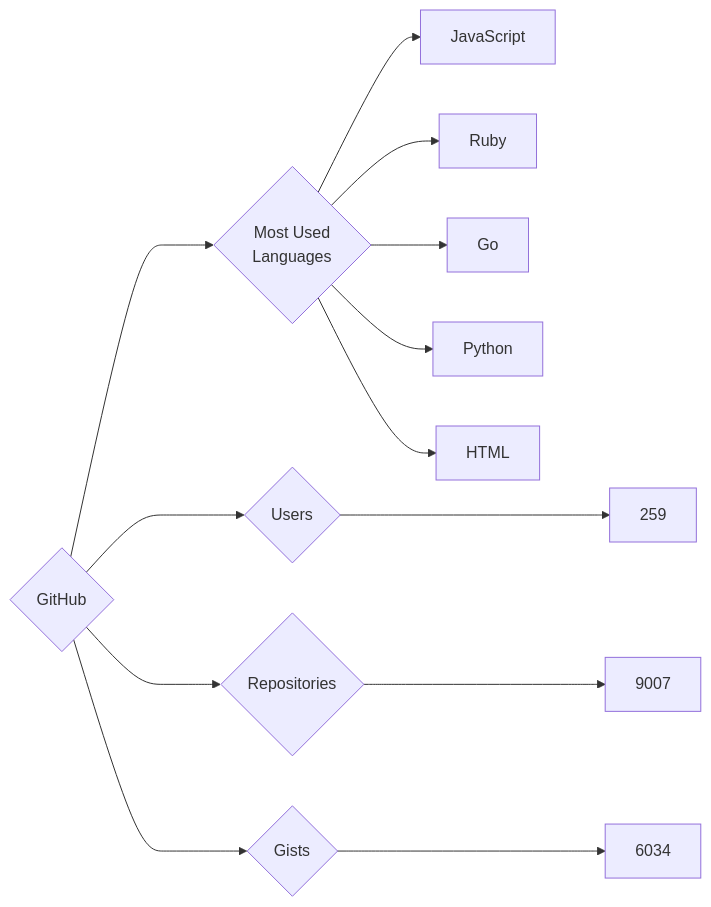
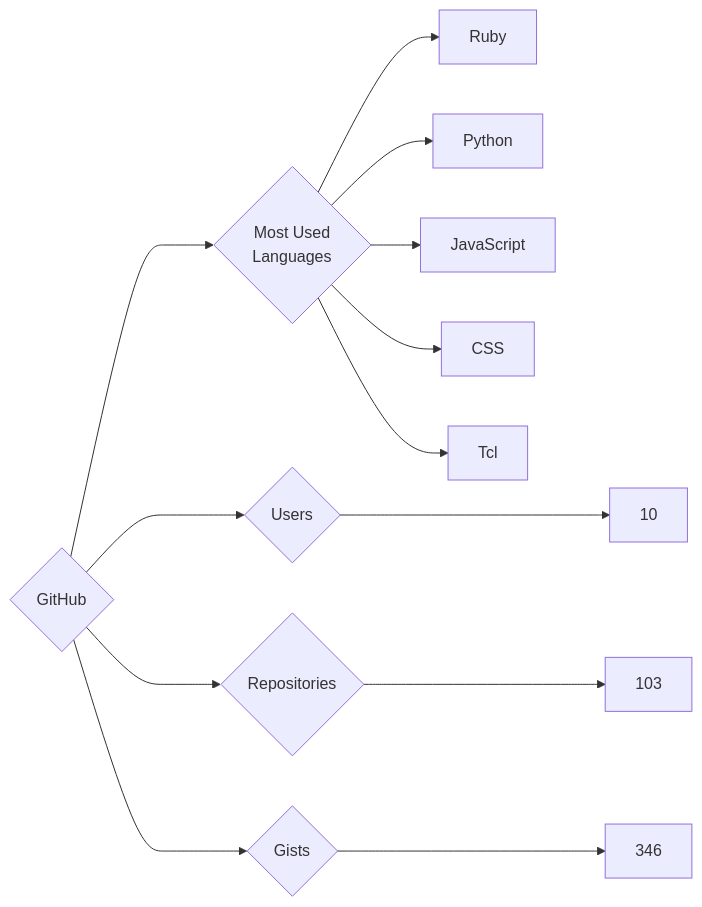
The diagram in targets/GitHub/README.md (trickest/insiders), drawn with Mermaid before and after one commit. The commit also changed 718 other files, not shown here.

````diff
--- a/targets/GitHub/README.md
+++ b/targets/GitHub/README.md
@@ -3,13 +3,13 @@
 ```mermaid
 graph LR
 COMPANY_NAME{GitHub}
-COMPANY_NAME ---> U{Users} ---> UN[259]
-COMPANY_NAME ---> R{Repositories} ---> RN[9007]
-COMPANY_NAME ---> G{Gists} ---> GN[6034]
+COMPANY_NAME ---> U{Users} ---> UN[10]
+COMPANY_NAME ---> R{Repositories} ---> RN[103]
+COMPANY_NAME ---> G{Gists} ---> GN[346]
 COMPANY_NAME ---> ML{Most Used<br>Languages}
+ML --> Ruby[Ruby]
+ML --> Python[Python]
 ML --> JavaScript[JavaScript]
-ML --> Ruby[Ruby]
-ML --> Go[Go]
-ML --> Python[Python]
-ML --> HTML[HTML]
+ML --> CSS[CSS]
+ML --> Tcl[Tcl]
 ```
````
